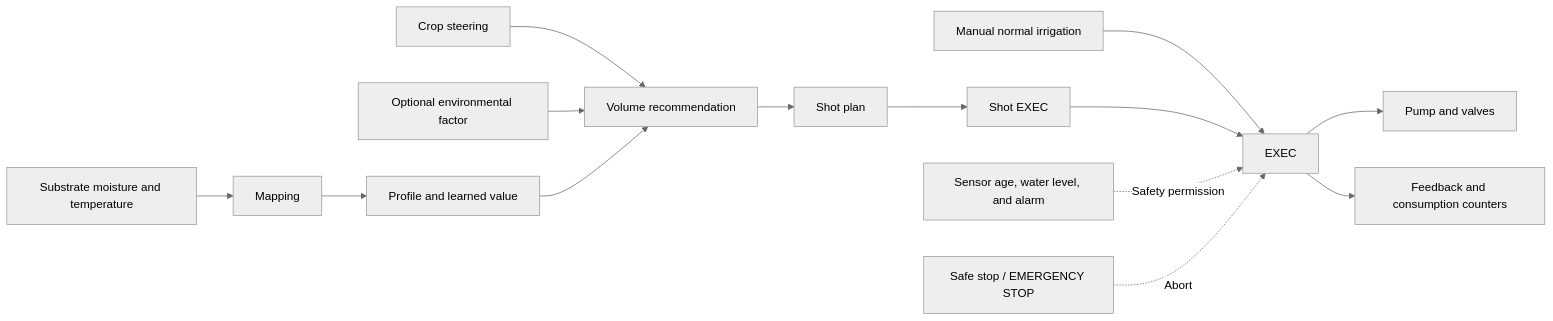
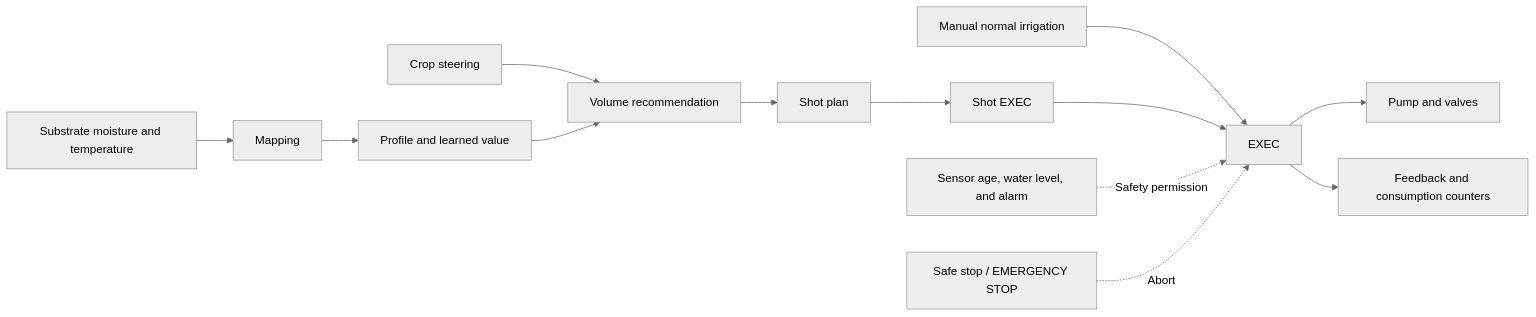
Before and after one commit to Verengy/self-learning-irrigation-with-manual-drain-mode-for-home-assistant: the diagram in README_EN.md, drawn with Mermaid (neutral theme). The commit also changed other lines of this file and 11 other files, not shown here.

````diff
--- a/README_EN.md
+++ b/README_EN.md
@@ -69,16 +69,15 @@
 ```mermaid
 flowchart LR
     A[Substrate moisture and temperature] --> B[Mapping]
     B --> C[Profile and learned value]
     D[Crop steering] --> E[Volume recommendation]
-    F[Optional environmental factor] --> E
     C --> E
     E --> G[Shot plan]
     G --> H[Shot EXEC]
     I[Manual normal irrigation] --> J[EXEC]
     H --> J
     J --> K[Pump and valves]
     L[Sensor age, water level, and alarm] -. Safety permission .-> J
     M[Safe stop / EMERGENCY STOP] -. Abort .-> J
     J --> N[Feedback and consumption counters]
 ```
````
